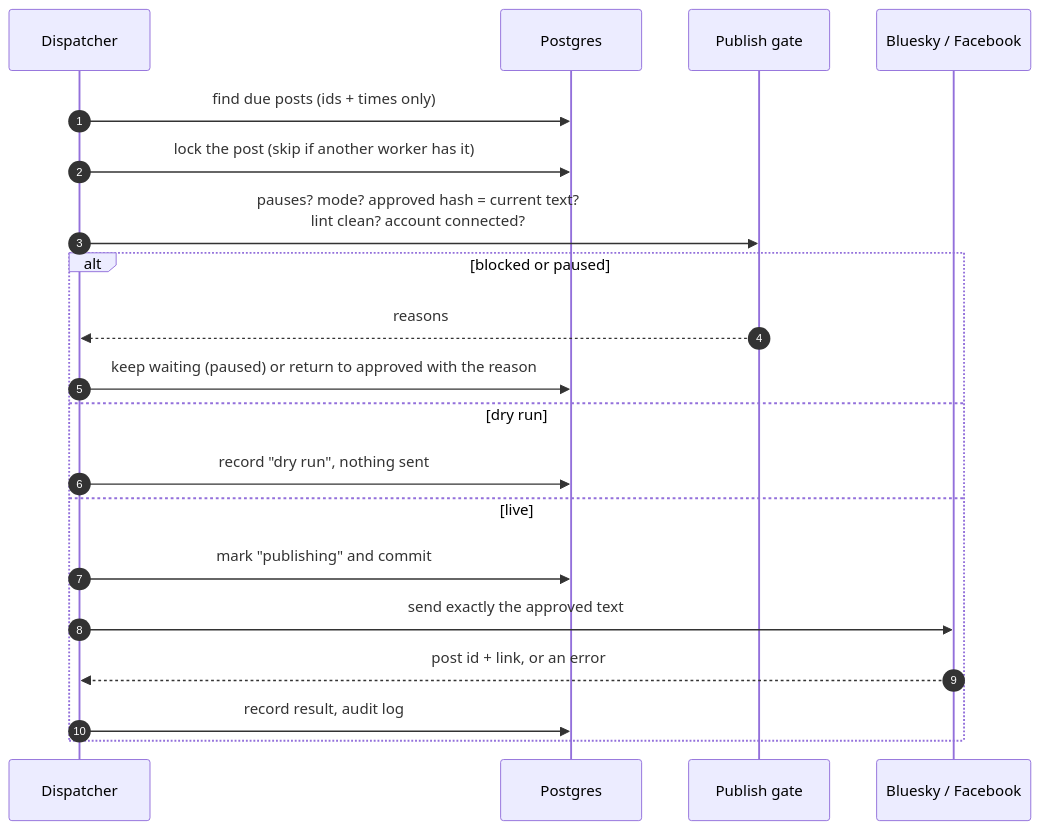
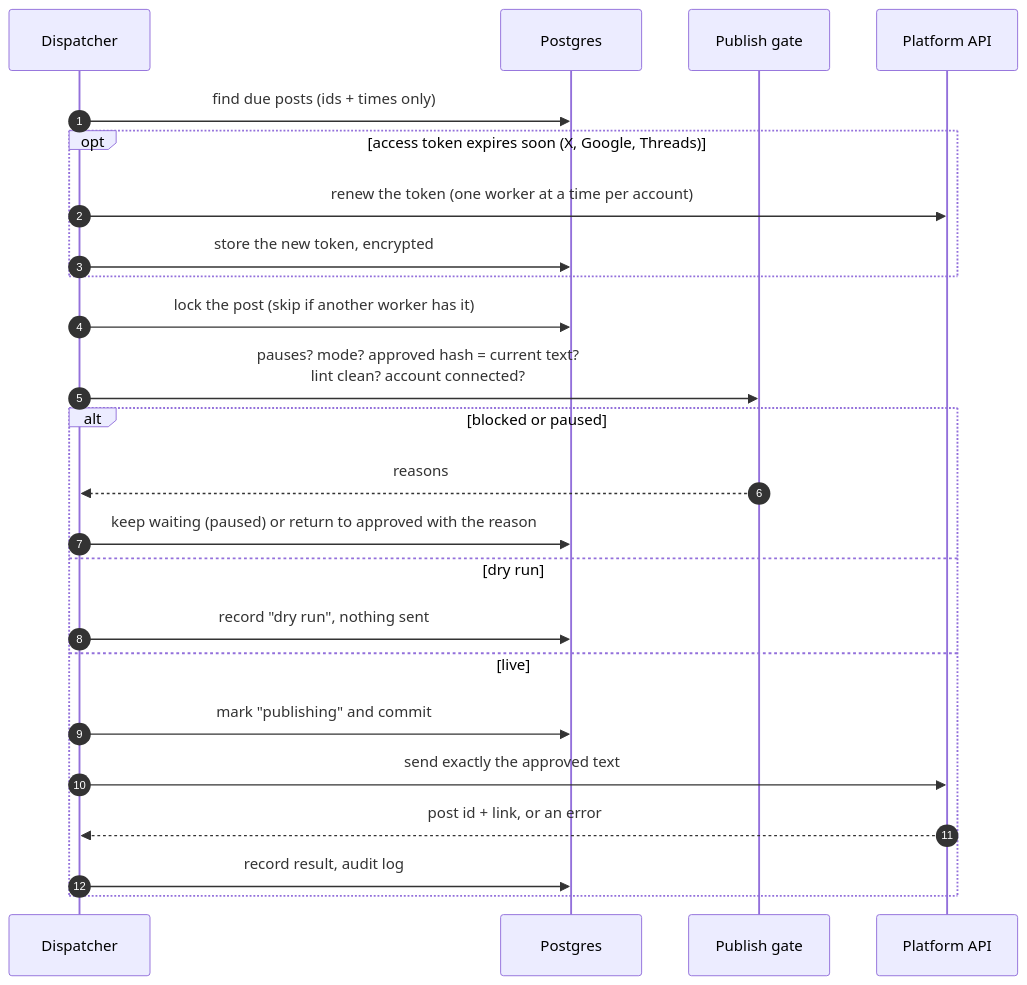
One commit to CptNope/Social-Media-Automation changed the fourth of 4 diagrams in README.md. Above: the diagram before and after it, drawn with Mermaid. The commit also changed other lines of this file and 27 other files, not shown here.

````diff
--- a/README.md
+++ b/README.md
@@ -195,22 +195,26 @@
 ```mermaid
 sequenceDiagram
     autonumber
     participant D as Dispatcher
     participant DB as Postgres
     participant G as Publish gate
-    participant A as Bluesky / Facebook
+    participant A as Platform API
     D->>DB: find due posts (ids + times only)
+    opt access token expires soon (X, Google, Threads)
+        D->>A: renew the token (one worker at a time per account)
+        D->>DB: store the new token, encrypted
+    end
     D->>DB: lock the post (skip if another worker has it)
     D->>G: pauses? mode? approved hash = current text?<br/>lint clean? account connected?
     alt blocked or paused
         G-->>D: reasons
         D->>DB: keep waiting (paused) or return to approved with the reason
     else dry run
         D->>DB: record "dry run", nothing sent
     else live
         D->>DB: mark "publishing" and commit
         D->>A: send exactly the approved text
         A-->>D: post id + link, or an error
         D->>DB: record result, audit log
     end
 ```
````
